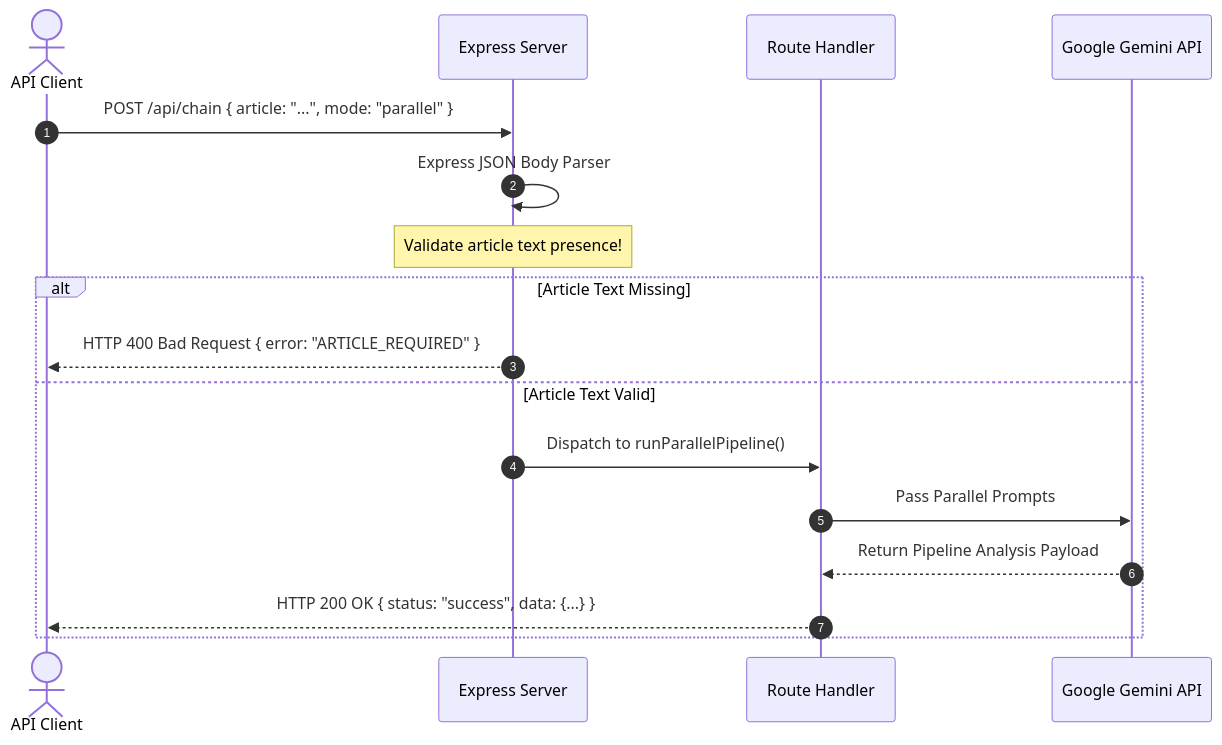
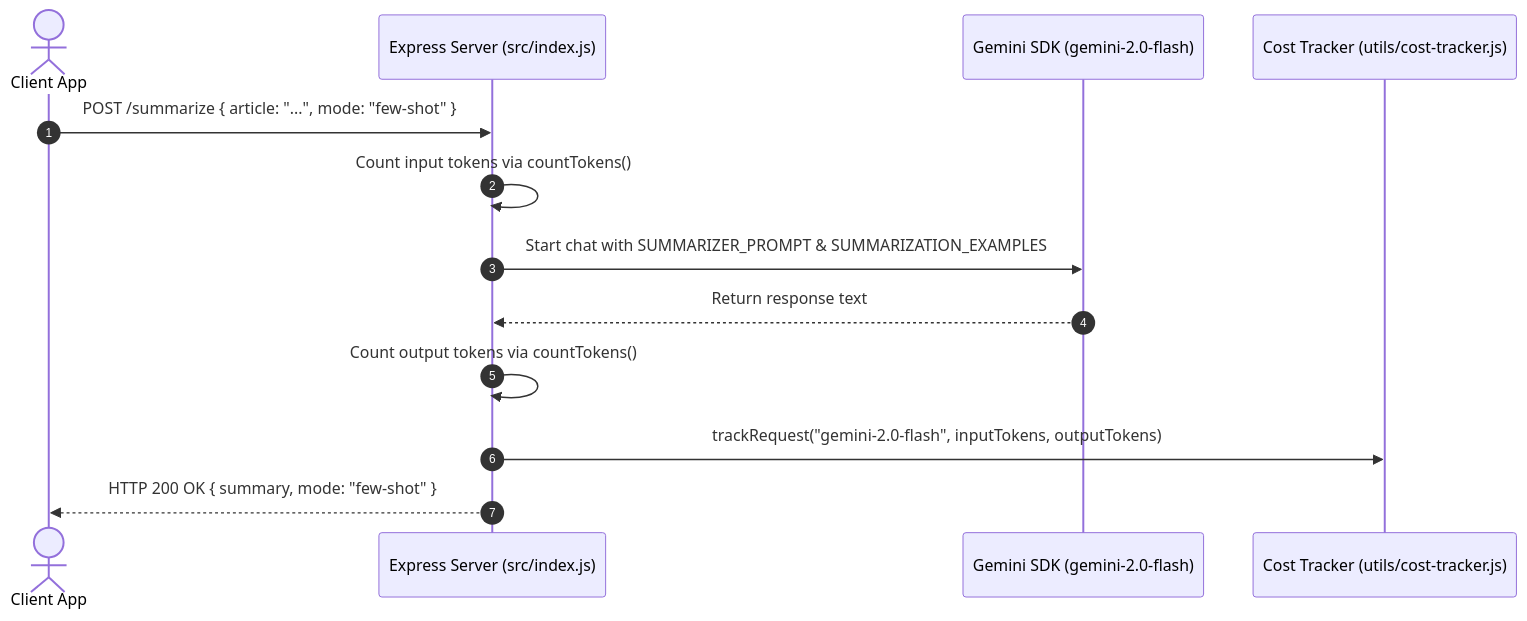
The second of 2 diagrams in agentic-ai-notes/01-chai-summarizer/09-summarizer-api-server.md (Amie-dev/engineering-playbook), drawn with Mermaid before and after one commit. The commit also changed other lines of this file and 27 other files, not shown here.

````diff
--- a/agentic-ai-notes/01-chai-summarizer/09-summarizer-api-server.md
+++ b/agentic-ai-notes/01-chai-summarizer/09-summarizer-api-server.md
@@ -43,21 +51,16 @@
 ```mermaid
 sequenceDiagram
     autonumber
-    actor Client as API Client
-    participant Server as Express Server
-    participant Handler as Route Handler
-    participant LLM as Google Gemini API
+    actor Client as Client App
+    participant Server as Express Server (src/index.js)
+    participant SDK as Gemini SDK (gemini-2.0-flash)
+    participant Tracker as Cost Tracker (utils/cost-tracker.js)
 
-    Client->>Server: POST /api/chain { article: "...", mode: "parallel" }
-    Server->>Server: Express JSON Body Parser
-    
-    note over Server: Validate article text presence!
-    alt Article Text Missing
-        Server-->>Client: HTTP 400 Bad Request { error: "ARTICLE_REQUIRED" }
-    else Article Text Valid
-        Server->>Handler: Dispatch to runParallelPipeline()
-        Handler->>LLM: Pass Parallel Prompts
-        LLM-->>Handler: Return Pipeline Analysis Payload
-        Handler-->>Client: HTTP 200 OK { status: "success", data: {...} }
-    end
+    Client->>Server: POST /summarize { article: "...", mode: "few-shot" }
+    Server->>Server: Count input tokens via countTokens()
+    Server->>SDK: Start chat with SUMMARIZER_PROMPT & SUMMARIZATION_EXAMPLES
+    SDK-->>Server: Return response text
+    Server->>Server: Count output tokens via countTokens()
+    Server->>Tracker: trackRequest("gemini-2.0-flash", inputTokens, outputTokens)
+    Server-->>Client: HTTP 200 OK { summary, mode: "few-shot" }
 ```
````
